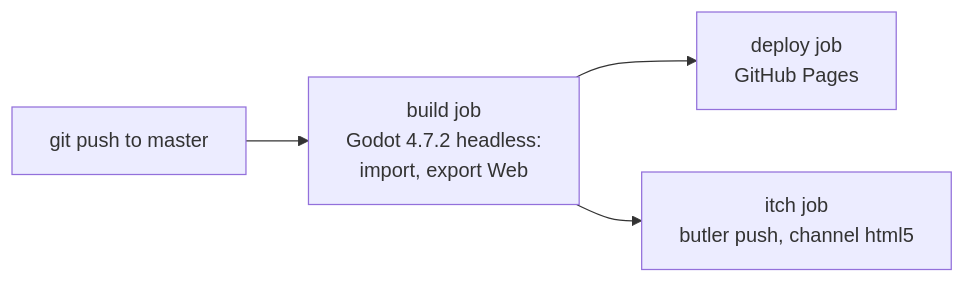
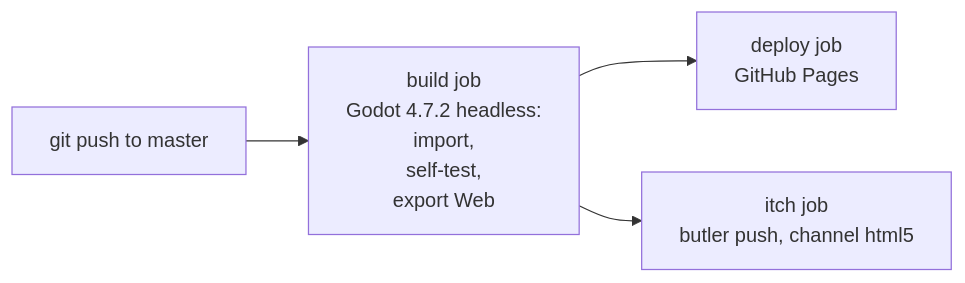
Before and after one commit to totopoloco/badminton-game: the sixth of 6 diagrams in ARCHITECTURE.md, drawn with Mermaid. The commit also changed other lines of this file, not shown here.

Commit message:
Show the self-test in the build diagram

````diff
--- a/ARCHITECTURE.md
+++ b/ARCHITECTURE.md
@@ -308,6 +308,6 @@
 ```mermaid
 flowchart LR
-    PUSH["git push to master"] --> BUILD["build job<br/>Godot 4.7.2 headless:<br/>import, export Web"]
+    PUSH["git push to master"] --> BUILD["build job<br/>Godot 4.7.2 headless:<br/>import,<br/>self-test,<br/>export Web"]
     BUILD --> DEPLOY["deploy job<br/>GitHub Pages"]
     BUILD --> ITCHJOB["itch job<br/>butler push, channel html5"]
 ```
````
